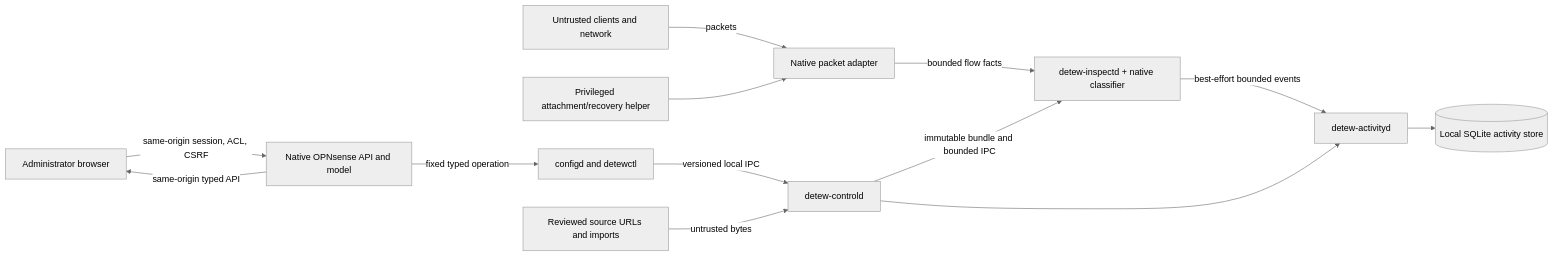
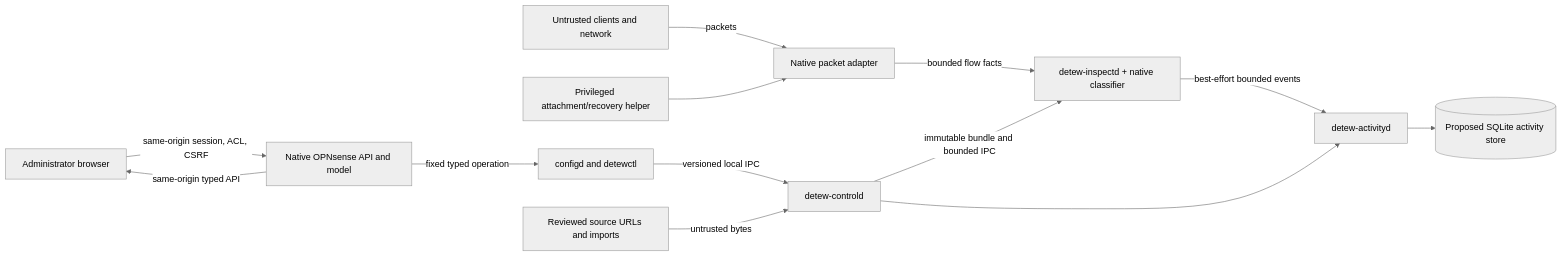
One commit to JoseLArantes/detew changed the diagram in docs/security/THREAT_MODEL.md. Above: the diagram before and after it, drawn with Mermaid (neutral theme). The commit also changed other lines of this file and 1 other file, not shown here.

````diff
--- a/docs/security/THREAT_MODEL.md
+++ b/docs/security/THREAT_MODEL.md
@@ -33,15 +35,15 @@
 ```mermaid
 flowchart LR
     Net[Untrusted clients and network] -->|packets| Hook[Native packet adapter]
     Hook -->|bounded flow facts| Engine[detew-inspectd + native classifier]
     Browser[Administrator browser] -->|same-origin session, ACL, CSRF| Host[Native OPNsense API and model]
     Host -->|fixed typed operation| Bridge[configd and detewctl]
     Bridge -->|versioned local IPC| Control[detew-controld]
     Control -->|immutable bundle and bounded IPC| Engine
     Sources[Reviewed source URLs and imports] -->|untrusted bytes| Control
     Engine -->|best-effort bounded events| Activity[detew-activityd]
     Control --> Activity
-    Activity --> Store[(Local SQLite activity store)]
+    Activity --> Store[(Proposed SQLite activity store)]
     Helper[Privileged attachment/recovery helper] --> Hook
     Host -->|same-origin typed API| Browser
 ```
````
